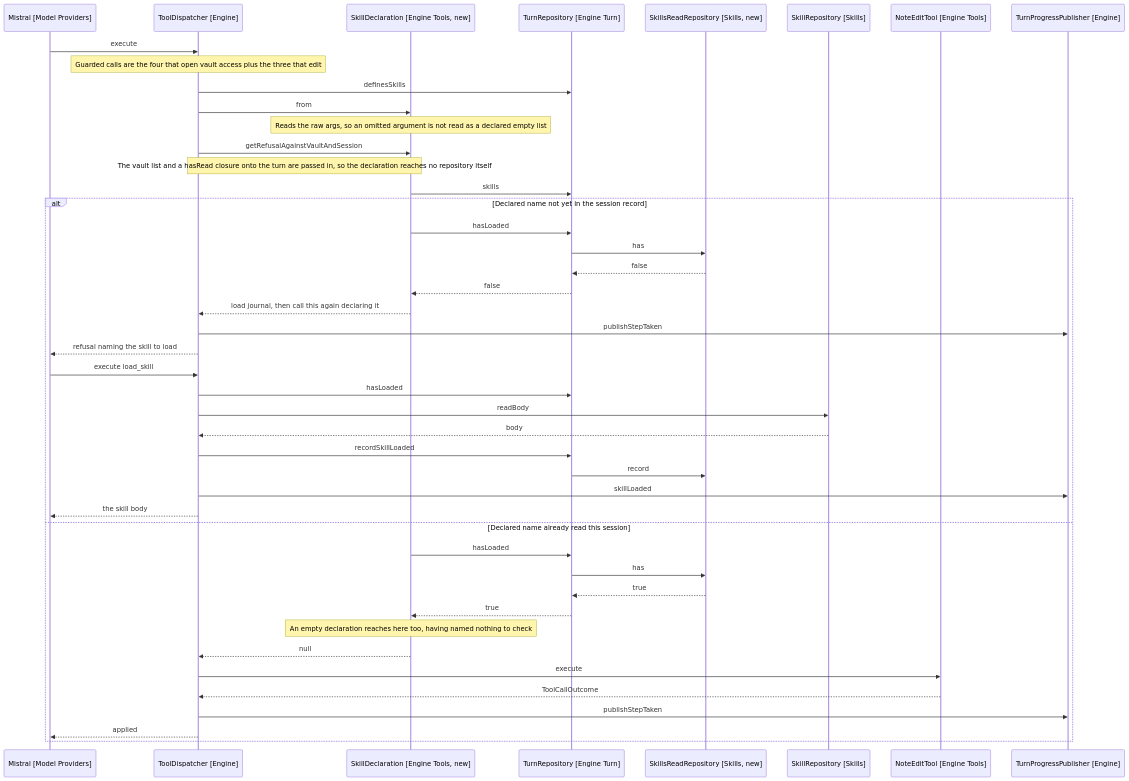
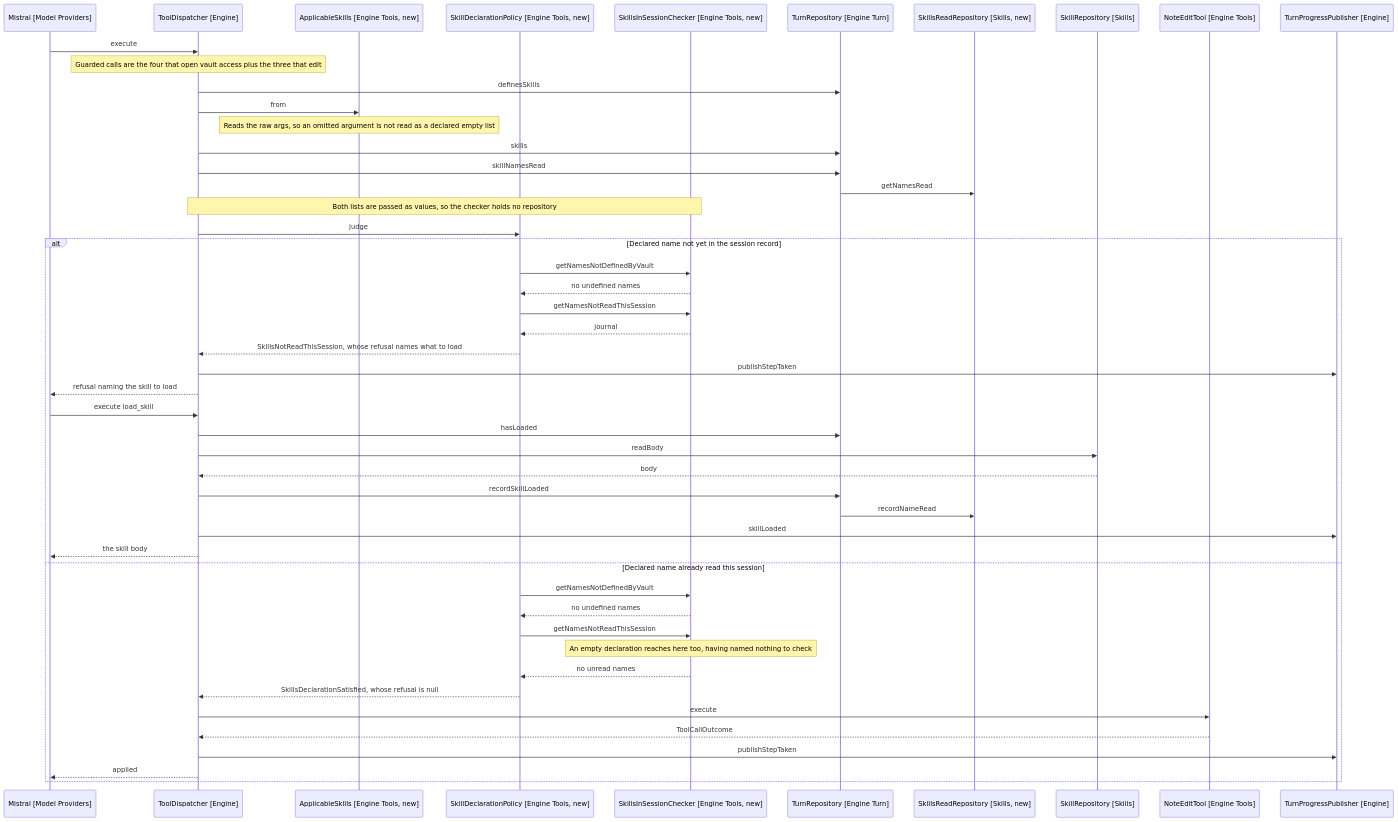
Before and after one commit to iparips/obsidian-owl: the diagram in docs/spec/24-remembering-skills-read/3-design.md, drawn with Mermaid. The commit also changed other lines of this file and 13 other files, not shown here.

First line of the commit message:
Split the skill gate into a rule that reads as the rule

````diff
--- a/docs/spec/24-remembering-skills-read/3-design.md
+++ b/docs/spec/24-remembering-skills-read/3-design.md
@@ -100,49 +112,53 @@
 ```mermaid
 sequenceDiagram
     participant Model as Mistral [Model Providers]
     participant Dispatcher as ToolDispatcher [Engine]
-    participant Declaration as SkillDeclaration [Engine Tools, new]
+    participant Applicable as ApplicableSkills [Engine Tools, new]
+    participant Policy as SkillDeclarationPolicy [Engine Tools, new]
+    participant Checker as SkillsInSessionChecker [Engine Tools, new]
     participant Turn as TurnRepository [Engine Turn]
     participant SkillsRead as SkillsReadRepository [Skills, new]
     participant Skills as SkillRepository [Skills]
     participant Edit as NoteEditTool [Engine Tools]
     participant Panel as TurnProgressPublisher [Engine]
 
     Model->>Dispatcher: execute
     Note over Dispatcher: Guarded calls are the four that open vault access plus the three that edit
     Dispatcher->>Turn: definesSkills
-    Dispatcher->>Declaration: from
-    Note over Declaration: Reads the raw args, so an omitted argument is not read as a declared empty list
-    Dispatcher->>Declaration: getRefusalAgainstVaultAndSession
-    Note over Dispatcher,Declaration: The vault list and a hasRead closure onto the turn are passed in, so the declaration reaches no repository itself
-    Declaration->>Turn: skills
+    Dispatcher->>Applicable: from
+    Note over Applicable: Reads the raw args, so an omitted argument is not read as a declared empty list
+    Dispatcher->>Turn: skills
+    Dispatcher->>Turn: skillNamesRead
+    Turn->>SkillsRead: getNamesRead
+    Note over Dispatcher,Checker: Both lists are passed as values, so the checker holds no repository
+    Dispatcher->>Policy: judge
 
     alt Declared name not yet in the session record
-        Declaration->>Turn: hasLoaded
-        Turn->>SkillsRead: has
-        SkillsRead-->>Turn: false
-        Turn-->>Declaration: false
-        Declaration-->>Dispatcher: load journal, then call this again declaring it
+        Policy->>Checker: getNamesNotDefinedByVault
+        Checker-->>Policy: no undefined names
+        Policy->>Checker: getNamesNotReadThisSession
+        Checker-->>Policy: journal
+        Policy-->>Dispatcher: SkillsNotReadThisSession, whose refusal names what to load
         Dispatcher->>Panel: publishStepTaken
         Dispatcher-->>Model: refusal naming the skill to load
         Model->>Dispatcher: execute load_skill
         Dispatcher->>Turn: hasLoaded
         Dispatcher->>Skills: readBody
         Skills-->>Dispatcher: body
         Dispatcher->>Turn: recordSkillLoaded
-        Turn->>SkillsRead: record
+        Turn->>SkillsRead: recordNameRead
         Dispatcher->>Panel: skillLoaded
         Dispatcher-->>Model: the skill body
     else Declared name already read this session
-        Declaration->>Turn: hasLoaded
-        Turn->>SkillsRead: has
-        SkillsRead-->>Turn: true
-        Turn-->>Declaration: true
-        Note over Declaration: An empty declaration reaches here too, having named nothing to check
-        Declaration-->>Dispatcher: null
+        Policy->>Checker: getNamesNotDefinedByVault
+        Checker-->>Policy: no undefined names
+        Policy->>Checker: getNamesNotReadThisSession
+        Note over Checker: An empty declaration reaches here too, having named nothing to check
+        Checker-->>Policy: no unread names
+        Policy-->>Dispatcher: SkillsDeclarationSatisfied, whose refusal is null
         Dispatcher->>Edit: execute
         Edit-->>Dispatcher: ToolCallOutcome
         Dispatcher->>Panel: publishStepTaken
         Dispatcher-->>Model: applied
     end
 ```
````
